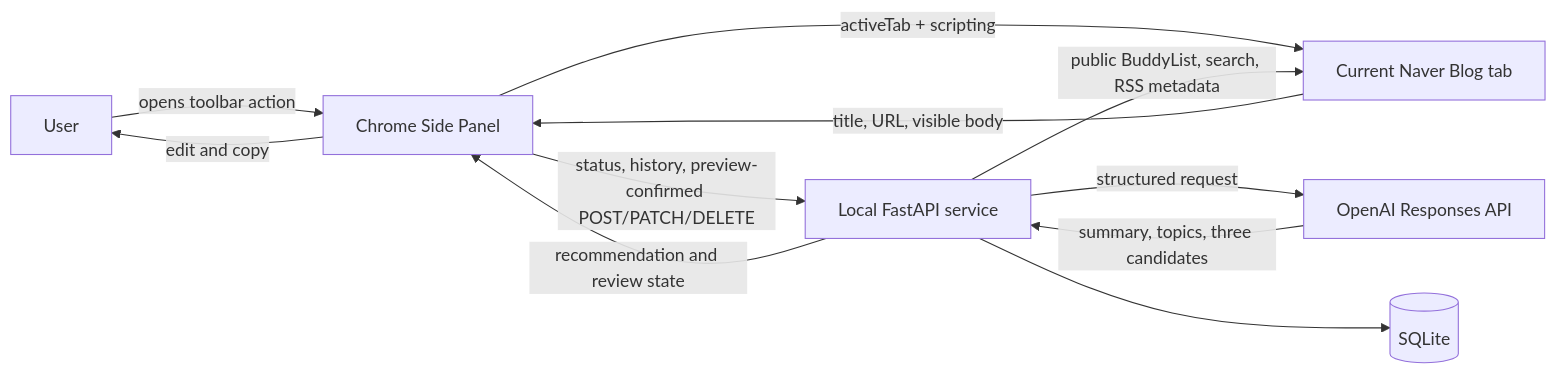
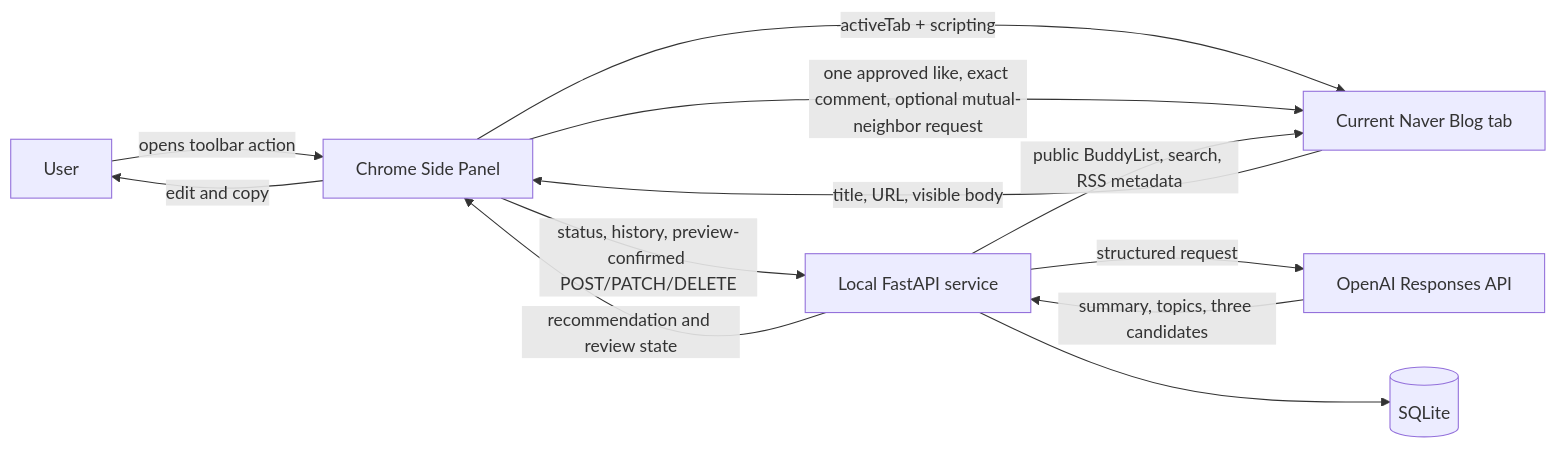
The diagram in docs/architecture.md (jihoon22-lee/NaverBlogAutomation), drawn with Mermaid before and after one commit. The commit also changed other lines of this file and 1 other file, not shown here.

````diff
--- a/docs/architecture.md
+++ b/docs/architecture.md
@@ -24,13 +27,14 @@
 ```mermaid
 flowchart LR
     U[User] -->|opens toolbar action| P[Chrome Side Panel]
     P -->|activeTab + scripting| N[Current Naver Blog tab]
     N -->|title, URL, visible body| P
+    P -->|one approved like, exact comment, optional mutual-neighbor request| N
     P -->|status, history, preview-confirmed POST/PATCH/DELETE| A[Local FastAPI service]
     A -->|public BuddyList, search, RSS metadata| N
     A -->|structured request| O[OpenAI Responses API]
     O -->|summary, topics, three candidates| A
     A --> D[(SQLite)]
     A -->|recommendation and review state| P
     P -->|edit and copy| U
 ```
````
